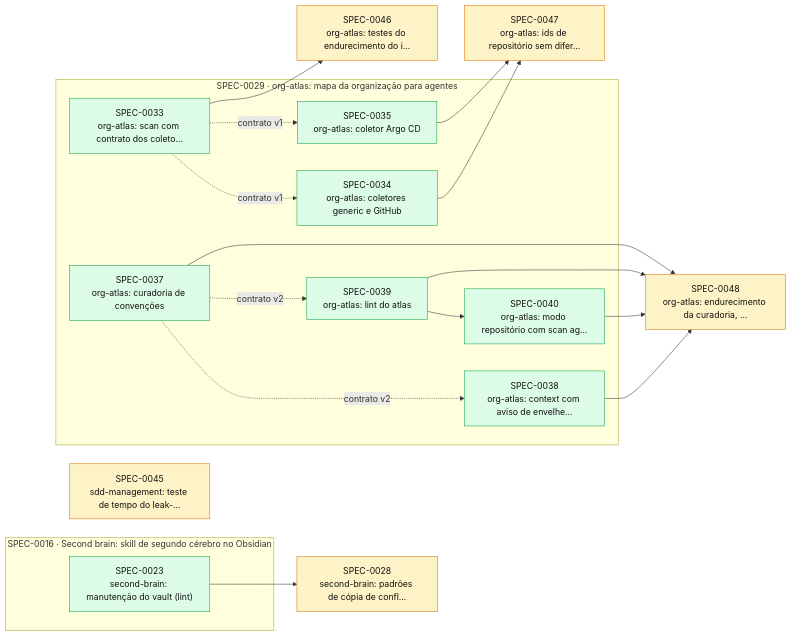
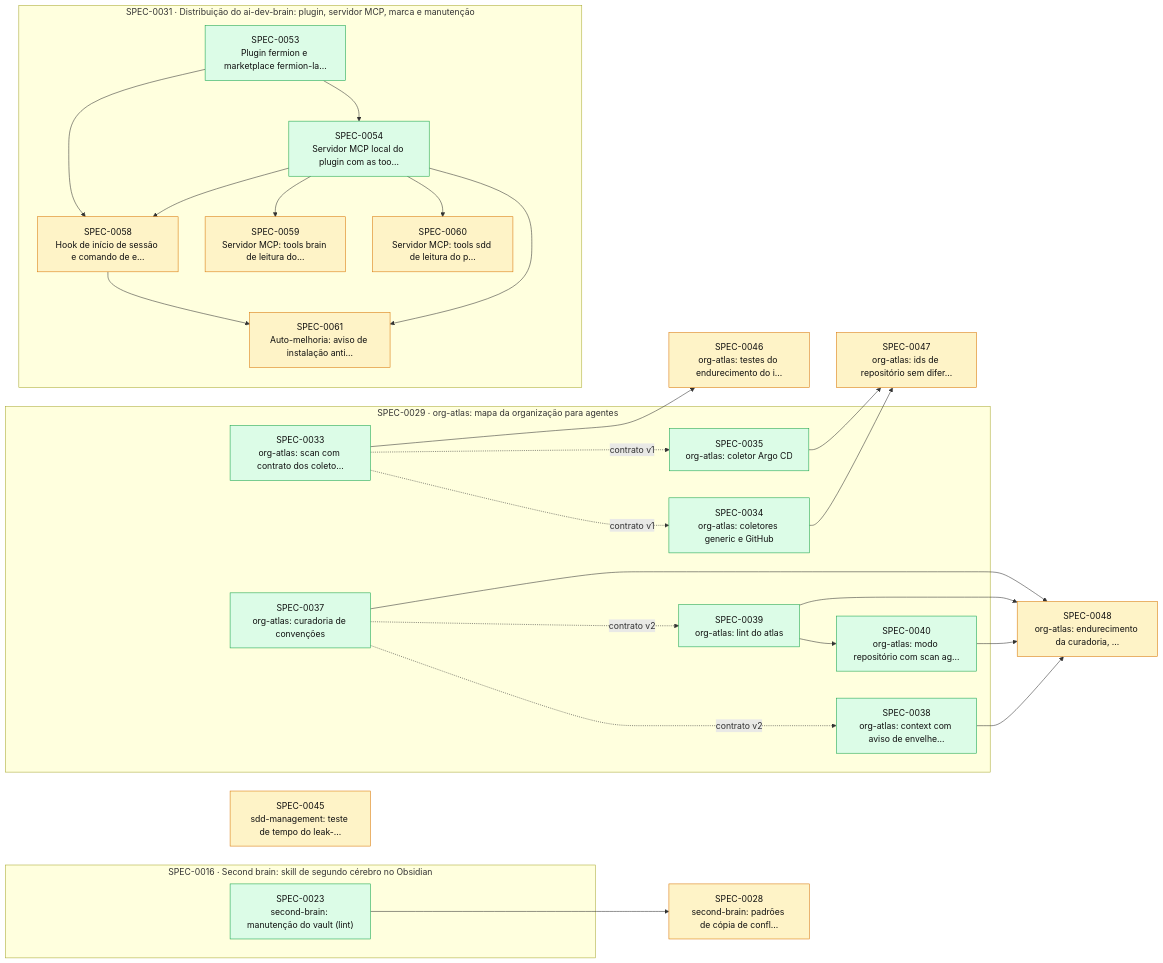
One commit to thomasravache/ai-dev-brain changed the diagram in docs/specs/INDEX.md. Above: the diagram before and after it, drawn with Mermaid. The commit also changed other lines of this file and 12 other files, not shown here.

First line of the commit message:
docs(specs): SPEC-0058 a 0061 (frentes 2 a 4 do Fermion), ADR-0019 e respostas recomendadas das SPEC-0045, 0047 e 0048

````diff
--- a/docs/specs/INDEX.md
+++ b/docs/specs/INDEX.md
@@ -52,38 +56,53 @@
 ```mermaid
 flowchart LR
   S0028["SPEC-0028<br/>second-brain: padrões de cópia de confl…"]:::proposed
   S0045["SPEC-0045<br/>sdd-management: teste de tempo do leak-…"]:::proposed
   S0046["SPEC-0046<br/>org-atlas: testes do endurecimento do i…"]:::proposed
   S0047["SPEC-0047<br/>org-atlas: ids de repositório sem difer…"]:::proposed
   S0048["SPEC-0048<br/>org-atlas: endurecimento da curadoria, …"]:::proposed
   subgraph E0016["SPEC-0016 · Second brain: skill de segundo cérebro no Obsidian"]
     S0023["SPEC-0023<br/>second-brain: manutenção do vault (lint)"]:::implemented
   end
   subgraph E0029["SPEC-0029 · org-atlas: mapa da organização para agentes"]
     S0033["SPEC-0033<br/>org-atlas: scan com contrato dos coleto…"]:::implemented
     S0034["SPEC-0034<br/>org-atlas: coletores generic e GitHub"]:::implemented
     S0035["SPEC-0035<br/>org-atlas: coletor Argo CD"]:::implemented
     S0037["SPEC-0037<br/>org-atlas: curadoria de convenções"]:::implemented
     S0038["SPEC-0038<br/>org-atlas: context com aviso de envelhe…"]:::implemented
     S0039["SPEC-0039<br/>org-atlas: lint do atlas"]:::implemented
     S0040["SPEC-0040<br/>org-atlas: modo repositório com scan ag…"]:::implemented
   end
+  subgraph E0031["SPEC-0031 · Distribuição do ai-dev-brain: plugin, servidor MCP, marca e manutenção"]
+    S0053["SPEC-0053<br/>Plugin fermion e marketplace fermion-la…"]:::implemented
+    S0054["SPEC-0054<br/>Servidor MCP local do plugin com as too…"]:::implemented
+    S0058["SPEC-0058<br/>Hook de início de sessão e comando de e…"]:::proposed
+    S0059["SPEC-0059<br/>Servidor MCP: tools brain de leitura do…"]:::proposed
+    S0060["SPEC-0060<br/>Servidor MCP: tools sdd de leitura do p…"]:::proposed
+    S0061["SPEC-0061<br/>Auto-melhoria: aviso de instalação anti…"]:::proposed
+  end
   S0023 --> S0028
   S0033 -. contrato v1 .-> S0034
   S0033 -. contrato v1 .-> S0035
   S0037 -. contrato v2 .-> S0038
   S0037 -. contrato v2 .-> S0039
   S0039 --> S0040
   S0033 --> S0046
   S0034 --> S0047
   S0035 --> S0047
   S0037 --> S0048
   S0038 --> S0048
   S0039 --> S0048
   S0040 --> S0048
+  S0053 --> S0054
+  S0053 --> S0058
+  S0054 --> S0058
+  S0054 --> S0059
+  S0054 --> S0060
+  S0058 --> S0061
+  S0054 --> S0061
   classDef proposed fill:#fef3c7,stroke:#d97706,color:#111
   classDef approved fill:#dbeafe,stroke:#2563eb,color:#111
   classDef inprogress fill:#ede9fe,stroke:#7c3aed,color:#111
   classDef implemented fill:#dcfce7,stroke:#16a34a,color:#111
   classDef deprecated fill:#f3f4f6,stroke:#9ca3af,color:#6b7280
 ```
````
